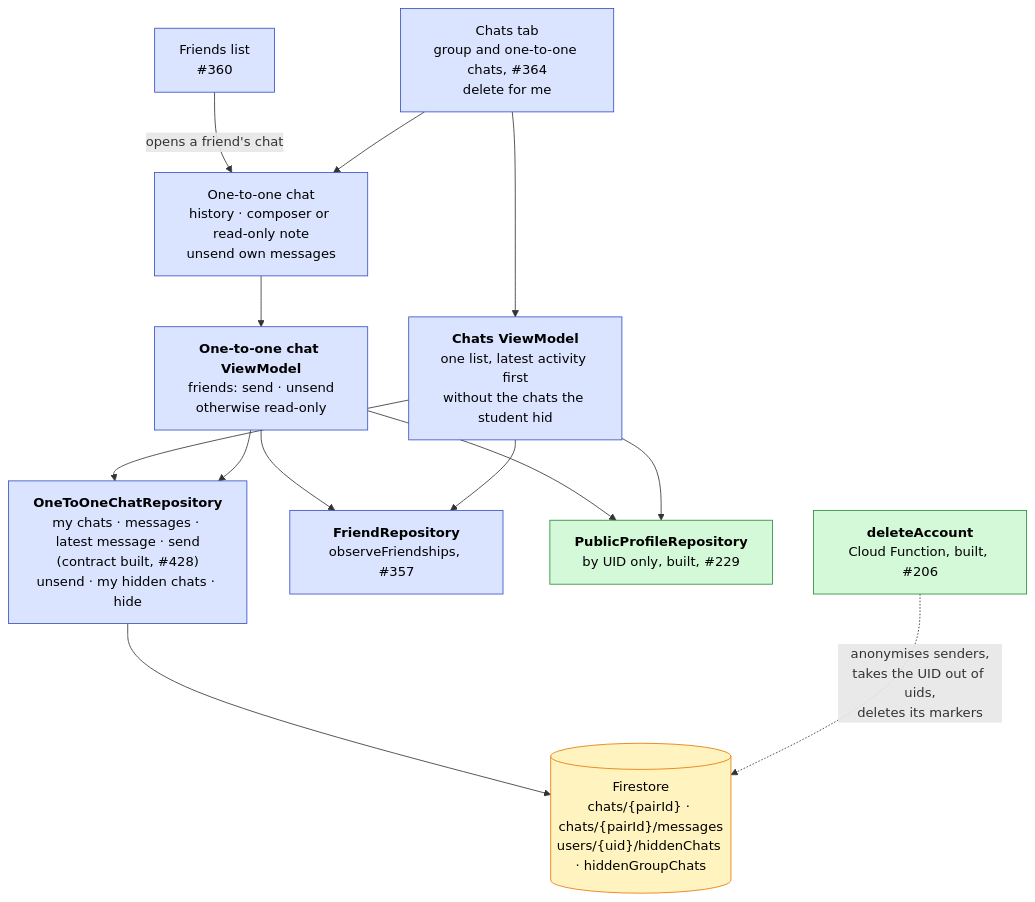
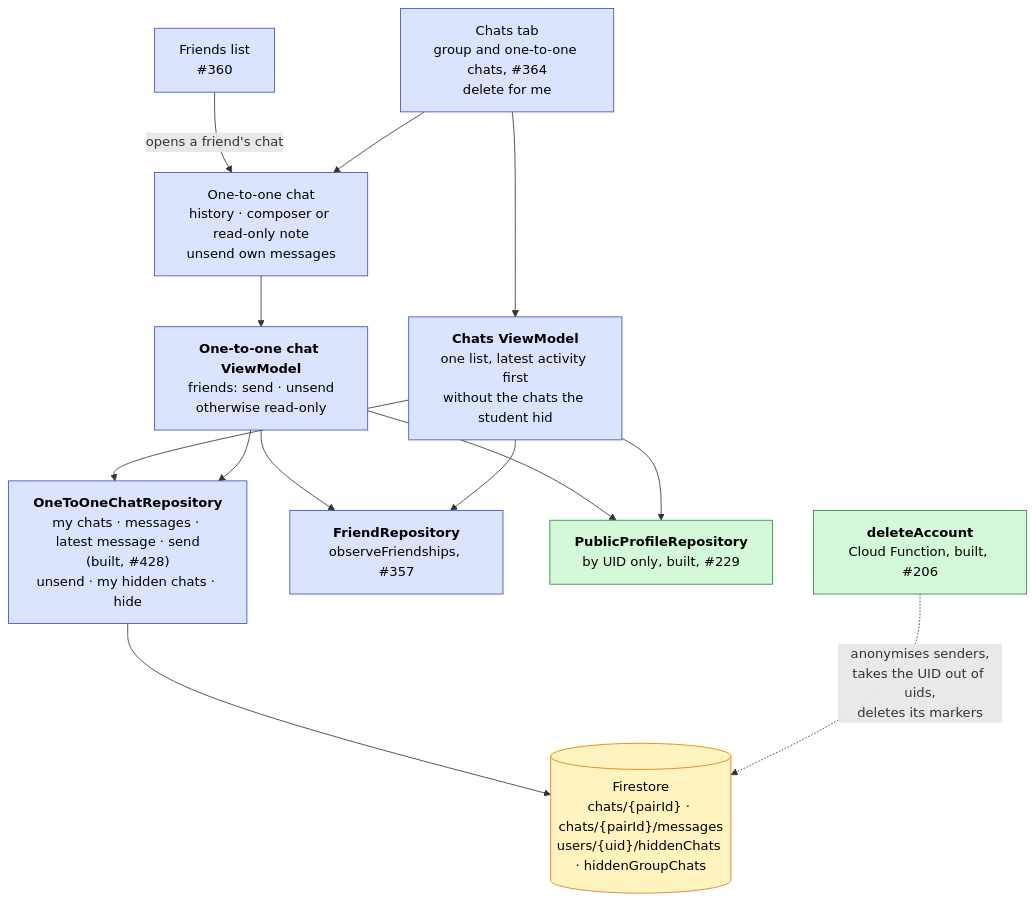
Before and after one commit to swent-polysocial/PolySocial: the eighth of 16 diagrams in docs/Architecture-Diagram.md, drawn with Mermaid. The commit also changed other lines of this file and 1 other file, not shown here.

First line of the commit message:
docs: record the one-to-one chat repository

````diff
--- a/docs/Architecture-Diagram.md
+++ b/docs/Architecture-Diagram.md
@@ -348,19 +348,19 @@
 ```mermaid
 flowchart TB
   classDef pb fill:#dbe4ff,stroke:#364fc7,color:#000
   classDef ext fill:#fff3bf,stroke:#e67700,color:#000
   classDef s1 fill:#d3f9d8,stroke:#2b8a3e,color:#000
 
   tab["Chats tab<br/>group and one-to-one chats, #364<br/>delete for me"]:::pb --> tabVM["<b>Chats ViewModel</b><br/>one list, latest activity first<br/>without the chats the student hid"]:::pb
   friendsUi["Friends list<br/>#360"]:::pb -- "opens a friend's chat" --> chatS
   tab --> chatS["One-to-one chat<br/>history · composer or read-only note<br/>unsend own messages"]:::pb
   chatS --> chatVM["<b>One-to-one chat ViewModel</b><br/>friends: send · unsend<br/>otherwise read-only"]:::pb
-  tabVM --> repo["<b>OneToOneChatRepository</b><br/>my chats · messages · latest message · send<br/>(contract built, #428)<br/>unsend · my hidden chats · hide"]:::pb
+  tabVM --> repo["<b>OneToOneChatRepository</b><br/>my chats · messages · latest message · send<br/>(built, #428)<br/>unsend · my hidden chats · hide"]:::pb
   chatVM --> repo
   chatVM --> friendRepo["<b>FriendRepository</b><br/>observeFriendships, #357"]:::pb
   tabVM --> friendRepo
   chatVM --> pub["<b>PublicProfileRepository</b><br/>by UID only, built, #229"]:::s1
   tabVM --> pub
   repo --> fs[("Firestore<br/>chats/{pairId} · chats/{pairId}/messages<br/>users/{uid}/hiddenChats · hiddenGroupChats")]:::ext
   delFn["<b>deleteAccount</b><br/>Cloud Function, built, #206"]:::s1 -. "anonymises senders,<br/>takes the UID out of uids,<br/>deletes its markers" .-> fs
 ```
````
